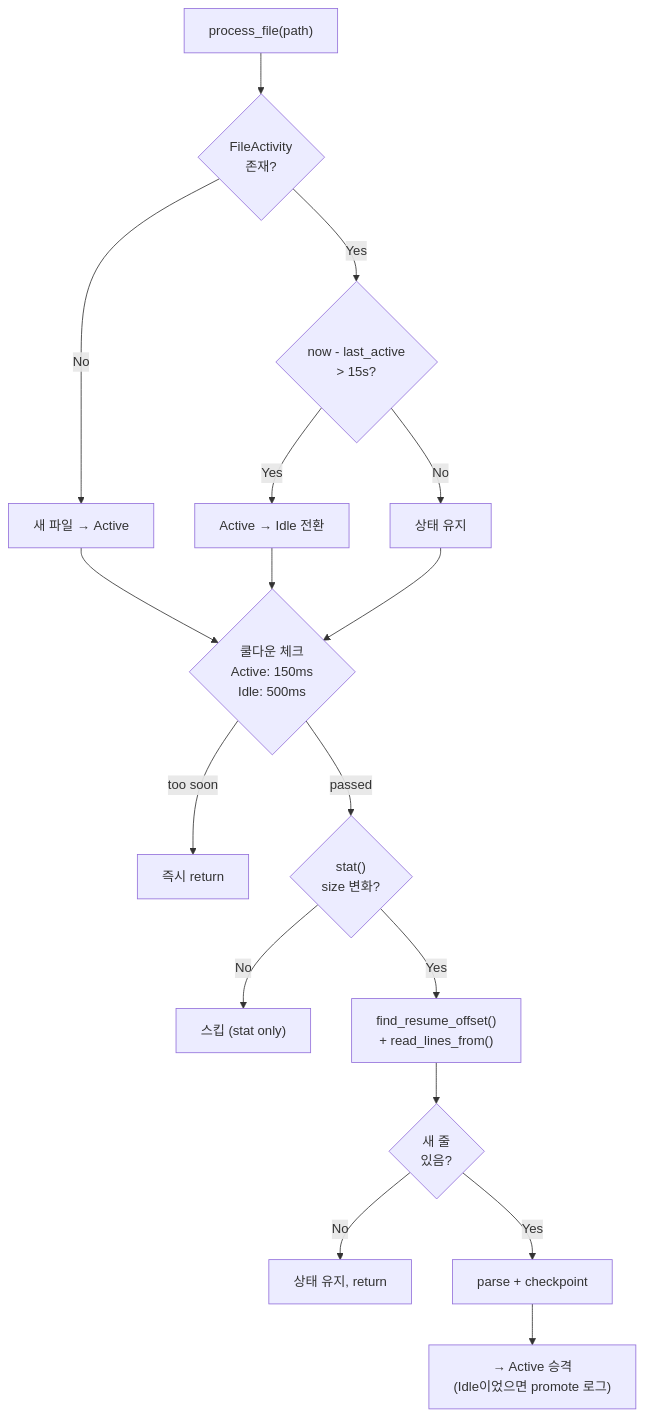
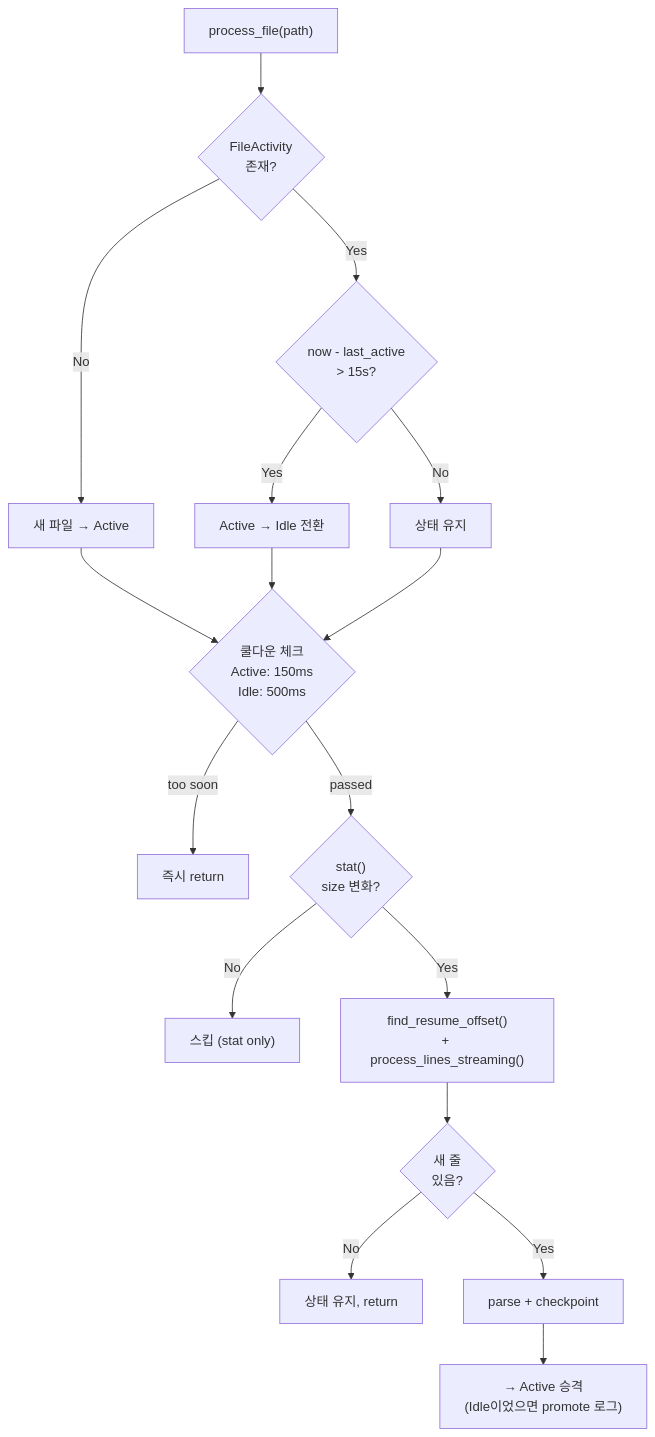
Before and after one commit to korjwl1/toki: the third of 4 diagrams in README.md, drawn with Mermaid. The commit also changed 2 other files, not shown here.

Commit message:
Unify read path: remove read_lines_from, use process_lines_streaming everywhere
Watch mode now uses the same streaming path as cold start — read one line,
parse immediately, clear buffer. Removes the old read_lines_from function
and migrates all tests to process_lines_streaming.

Closes #1

````diff
--- a/README.md
+++ b/README.md
@@ -163,27 +163,27 @@
 ```mermaid
 flowchart TD
     start2["process_file(path)"] --> state{"FileActivity\n존재?"}
 
     state -->|No| new_active["새 파일 → Active"]
     state -->|Yes| idle_check{"now - last_active\n> 15s?"}
 
     idle_check -->|Yes| demote["Active → Idle 전환"]
     idle_check -->|No| keep["상태 유지"]
 
     new_active --> cooldown
     demote --> cooldown
     keep --> cooldown
 
     cooldown{"쿨다운 체크\nActive: 150ms\nIdle: 500ms"} -->|"too soon"| skip_cd["즉시 return"]
     cooldown -->|"passed"| size_check{"stat()\nsize 변화?"}
 
     size_check -->|No| skip["스킵 (stat only)"]
-    size_check -->|Yes| find["find_resume_offset()\n+ read_lines_from()"]
+    size_check -->|Yes| find["find_resume_offset()\n+ process_lines_streaming()"]
 
     find --> new_lines{"새 줄\n있음?"}
 
     new_lines -->|No| skip2["상태 유지, return"]
     new_lines -->|Yes| parse["parse + checkpoint"]
 
     parse --> promote["→ Active 승격\n(Idle이었으면 promote 로그)"]
 ```
````
